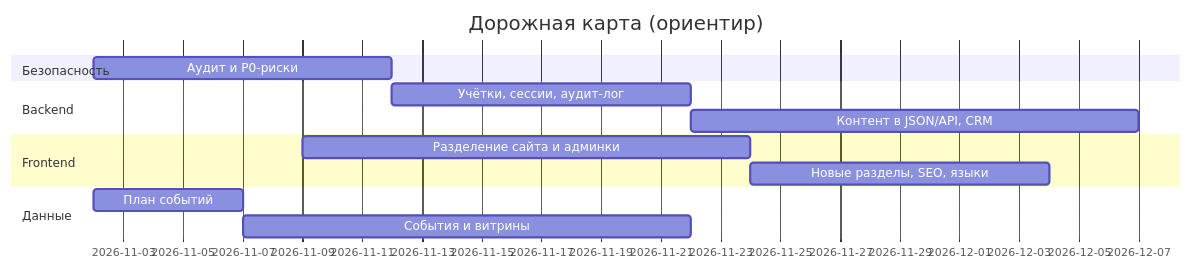
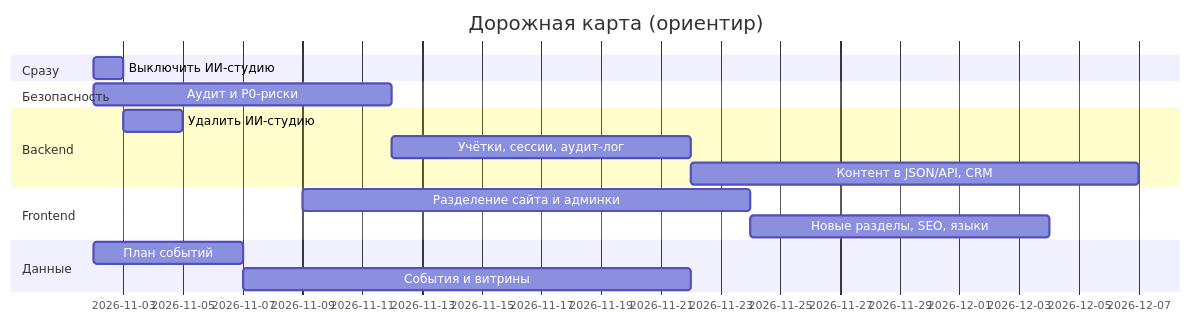
Before and after one commit to xondamirx9/XLab: the third of 3 diagrams in docs/obsidian/Codex Lab/00 Обзор проекта.md, drawn with Mermaid. The commit also changed other lines of this file and 5 other files, not shown here.

````diff
--- a/docs/obsidian/Codex Lab/00 Обзор проекта.md
+++ b/docs/obsidian/Codex Lab/00 Обзор проекта.md
@@ -109,16 +126,19 @@
 ```mermaid
 gantt
     dateFormat  YYYY-MM-DD
     title Дорожная карта (ориентир)
+    section Сразу
+    Выключить ИИ-студию        :done0, 2026-11-02, 1d
     section Безопасность
     Аудит и P0-риски            :sec1, 2026-11-02, 10d
     section Backend
+    Удалить ИИ-студию           :be0, 2026-11-03, 2d
     Учётки, сессии, аудит-лог   :be1, after sec1, 10d
     Контент в JSON/API, CRM     :be2, after be1, 15d
     section Frontend
     Разделение сайта и админки  :fe1, 2026-11-09, 15d
     Новые разделы, SEO, языки   :fe2, after fe1, 10d
     section Данные
     План событий                :de1, 2026-11-02, 5d
     События и витрины           :de2, after de1, 15d
 ```
````
